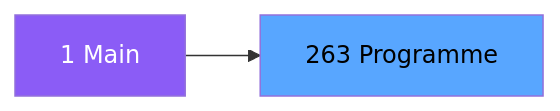
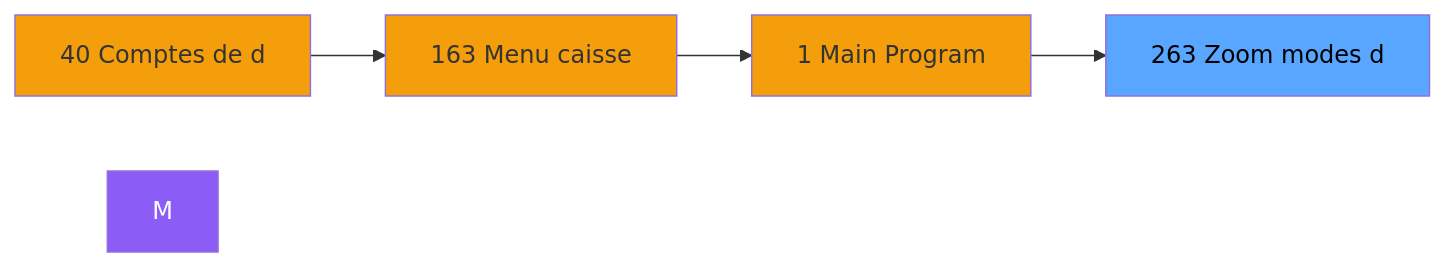
One commit to thonyAGP/magic-migration changed the second of 3 diagrams in .openspec/specs/ADH-IDE-263.md. Above: the diagram before and after it, drawn with Mermaid. The commit also changed other lines of this file and 323 other files, not shown here.

````diff
--- a/.openspec/specs/ADH-IDE-263.md
+++ b/.openspec/specs/ADH-IDE-263.md
@@ -98,8 +111,15 @@
 ```mermaid
 graph LR
-    M[1 Main]
-    T[263 Programme]
-    M --> T
+    N40[40 Comptes de d]
+    N163[163 Menu caisse ]
+    N1[1 Main Program]
+    T[263 Zoom modes d]
+    N40 --> N163
+    N163 --> N1
+    N1 --> T
     style M fill:#8b5cf6,color:#fff
+    style N40 fill:#f59e0b
+    style N163 fill:#f59e0b
+    style N1 fill:#f59e0b
     style T fill:#58a6ff,color:#000
 ```
````
